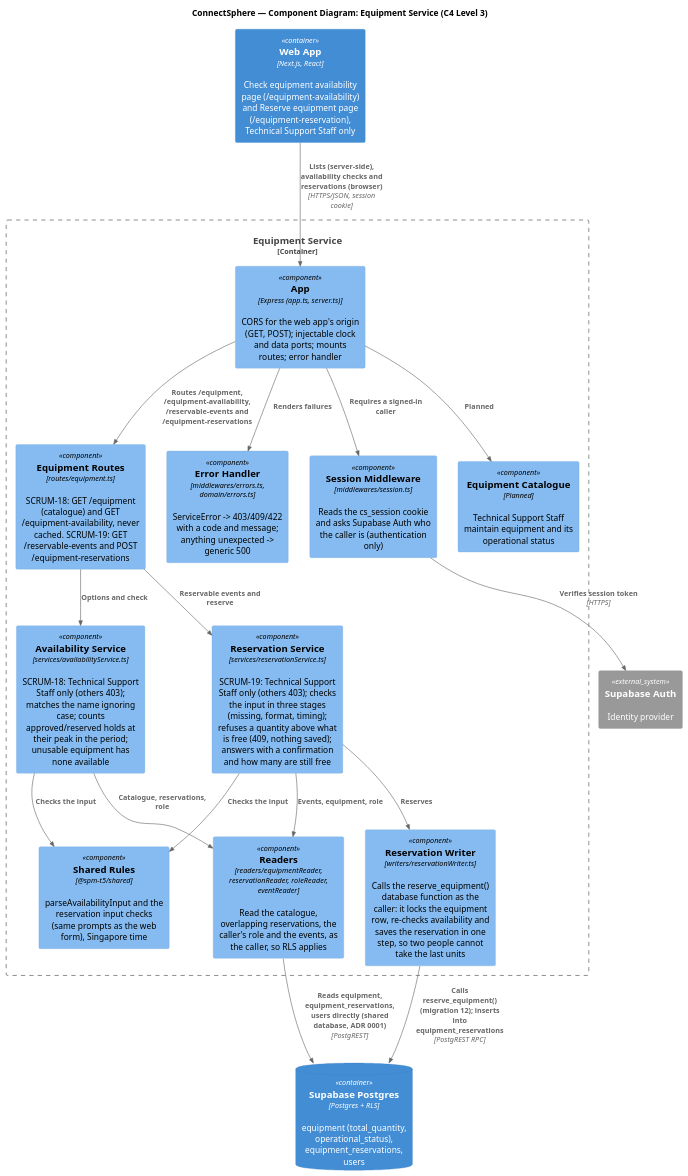
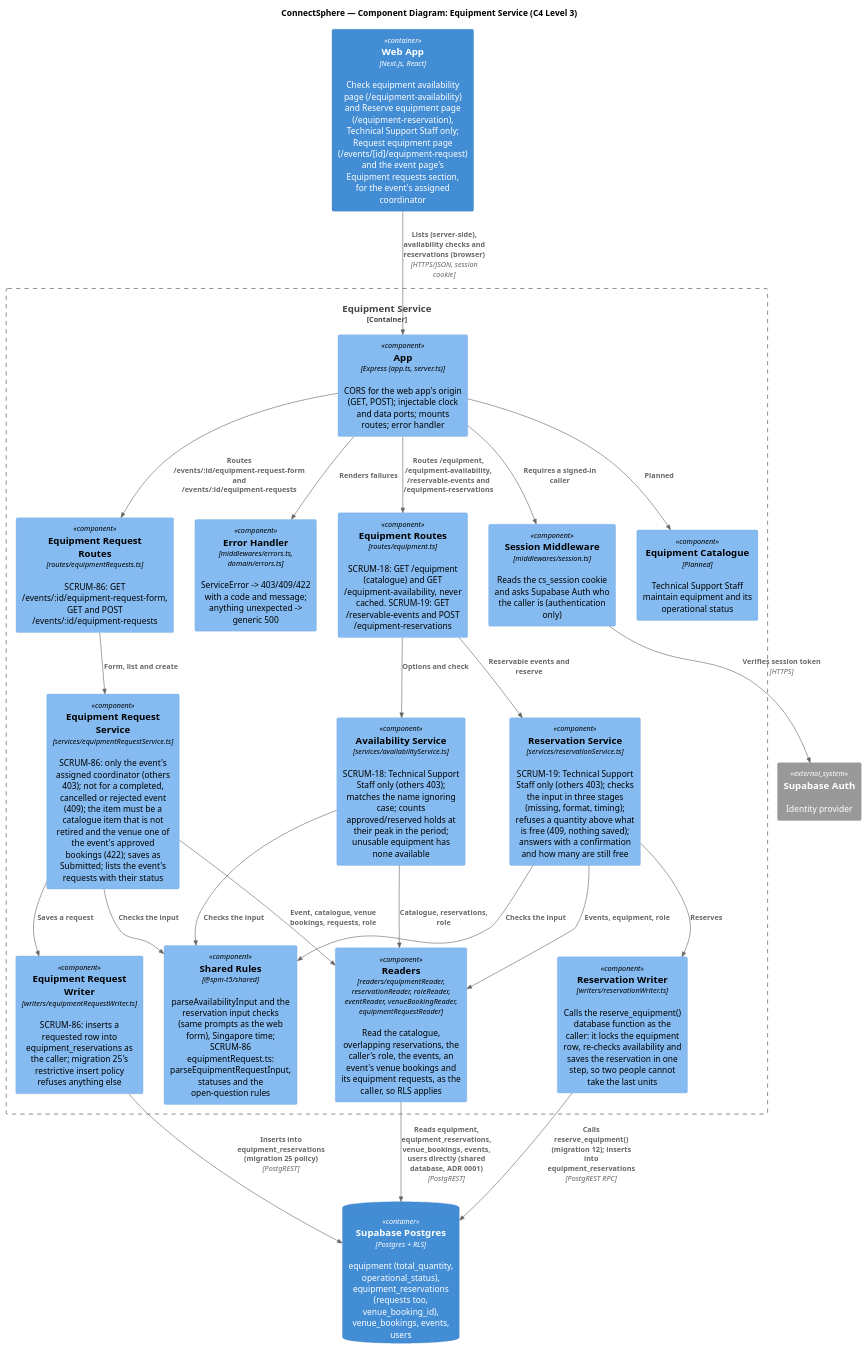
The diagram in docs/architecture/c4/component-equipment-service.puml (danjaii/SPM-T5), drawn with PlantUML before and after one commit. The commit also changed 34 other files, not shown here.

```diff
--- a/docs/architecture/c4/component-equipment-service.puml
+++ b/docs/architecture/c4/component-equipment-service.puml
@@ -1,43 +1,53 @@
 @startuml component-equipment-service
 !include https://raw.githubusercontent.com/plantuml-stdlib/C4-PlantUML/master/C4_Component.puml
 
 title ConnectSphere — Component Diagram: Equipment Service (C4 Level 3)
 ' Built so far: the equipment availability check (docs/specs/equipment-availability.md, SCRUM-18) and reserving
-' equipment for an event (docs/specs/equipment-reservation.md, SCRUM-19).
+' equipment for an event (docs/specs/equipment-reservation.md, SCRUM-19), and coordinators requesting equipment for
+' their event (docs/specs/equipment-requests.md, SCRUM-86).
 ' Components marked "Planned" come with the equipment catalogue story.
 
-Container(web, "Web App", "Next.js, React", "Check equipment availability page (/equipment-availability) and Reserve equipment page (/equipment-reservation), Technical Support Staff only")
+Container(web, "Web App", "Next.js, React", "Check equipment availability page (/equipment-availability) and Reserve equipment page (/equipment-reservation), Technical Support Staff only; Request equipment page (/events/[id]/equipment-request) and the event page's Equipment requests section, for the event's assigned coordinator")
 System_Ext(supabaseAuth, "Supabase Auth", "Identity provider")
-ContainerDb(db, "Supabase Postgres", "Postgres + RLS", "equipment (total_quantity, operational_status), equipment_reservations, users")
+ContainerDb(db, "Supabase Postgres", "Postgres + RLS", "equipment (total_quantity, operational_status), equipment_reservations (requests too, venue_booking_id), venue_bookings, events, users")
 
 Container_Boundary(equipmentSvc, "Equipment Service") {
   Component(app, "App", "Express (app.ts, server.ts)", "CORS for the web app's origin (GET, POST); injectable clock and data ports; mounts routes; error handler")
   Component(session, "Session Middleware", "middlewares/session.ts", "Reads the cs_session cookie and asks Supabase Auth who the caller is (authentication only)")
   Component(errors, "Error Handler", "middlewares/errors.ts, domain/errors.ts", "ServiceError -> 403/409/422 with a code and message; anything unexpected -> generic 500")
   Component(routes, "Equipment Routes", "routes/equipment.ts", "SCRUM-18: GET /equipment (catalogue) and GET /equipment-availability, never cached. SCRUM-19: GET /reservable-events and POST /equipment-reservations")
   Component(availabilitySvc, "Availability Service", "services/availabilityService.ts", "SCRUM-18: Technical Support Staff only (others 403); matches the name ignoring case; counts approved/reserved holds at their peak in the period; unusable equipment has none available")
   Component(reservationSvc, "Reservation Service", "services/reservationService.ts", "SCRUM-19: Technical Support Staff only (others 403); checks the input in three stages (missing, format, timing); refuses a quantity above what is free (409, nothing saved); answers with a confirmation and how many are still free")
-  Component(readers, "Readers", "readers/equipmentReader, reservationReader, roleReader, eventReader", "Read the catalogue, overlapping reservations, the caller's role and the events, as the caller, so RLS applies")
+  Component(requestRoutes, "Equipment Request Routes", "routes/equipmentRequests.ts", "SCRUM-86: GET /events/:id/equipment-request-form, GET and POST /events/:id/equipment-requests")
+  Component(requestSvc, "Equipment Request Service", "services/equipmentRequestService.ts", "SCRUM-86: only the event's assigned coordinator (others 403); not for a completed, cancelled or rejected event (409); the item must be a catalogue item that is not retired and the venue one of the event's approved bookings (422); saves as Submitted; lists the event's requests with their status")
+  Component(requestWriter, "Equipment Request Writer", "writers/equipmentRequestWriter.ts", "SCRUM-86: inserts a requested row into equipment_reservations as the caller; migration 25's restrictive insert policy refuses anything else")
+  Component(readers, "Readers", "readers/equipmentReader, reservationReader, roleReader, eventReader, venueBookingReader, equipmentRequestReader", "Read the catalogue, overlapping reservations, the caller's role, the events, an event's venue bookings and its equipment requests, as the caller, so RLS applies")
   Component(writer, "Reservation Writer", "writers/reservationWriter.ts", "Calls the reserve_equipment() database function as the caller: it locks the equipment row, re-checks availability and saves the reservation in one step, so two people cannot take the last units")
-  Component(shared, "Shared Rules", "@spm-t5/shared", "parseAvailabilityInput and the reservation input checks (same prompts as the web form), Singapore time")
+  Component(shared, "Shared Rules", "@spm-t5/shared", "parseAvailabilityInput and the reservation input checks (same prompts as the web form), Singapore time; SCRUM-86 equipmentRequest.ts: parseEquipmentRequestInput, statuses and the open-question rules")
 
   Component(catalogue, "Equipment Catalogue", "Planned", "Technical Support Staff maintain equipment and its operational status")
 }
 
 Rel(web, app, "Lists (server-side), availability checks and reservations (browser)", "HTTPS/JSON, session cookie")
 Rel(app, session, "Requires a signed-in caller")
 Rel(session, supabaseAuth, "Verifies session token", "HTTPS")
 Rel(app, errors, "Renders failures")
 Rel(app, routes, "Routes /equipment, /equipment-availability, /reservable-events and /equipment-reservations")
+Rel(app, requestRoutes, "Routes /events/:id/equipment-request-form and /events/:id/equipment-requests")
+Rel(requestRoutes, requestSvc, "Form, list and create")
+Rel(requestSvc, shared, "Checks the input")
+Rel(requestSvc, readers, "Event, catalogue, venue bookings, requests, role")
+Rel(requestSvc, requestWriter, "Saves a request")
+Rel(requestWriter, db, "Inserts into equipment_reservations (migration 25 policy)", "PostgREST")
 Rel(routes, availabilitySvc, "Options and check")
 Rel(routes, reservationSvc, "Reservable events and reserve")
 Rel(availabilitySvc, shared, "Checks the input")
 Rel(availabilitySvc, readers, "Catalogue, reservations, role")
 Rel(reservationSvc, shared, "Checks the input")
 Rel(reservationSvc, readers, "Events, equipment, role")
 Rel(reservationSvc, writer, "Reserves")
 Rel(writer, db, "Calls reserve_equipment() (migration 12); inserts into equipment_reservations", "PostgREST RPC")
-Rel(readers, db, "Reads equipment, equipment_reservations, users directly (shared database, ADR 0001)", "PostgREST")
+Rel(readers, db, "Reads equipment, equipment_reservations, venue_bookings, events, users directly (shared database, ADR 0001)", "PostgREST")
 
 Rel(app, catalogue, "Planned")
 @enduml
```
